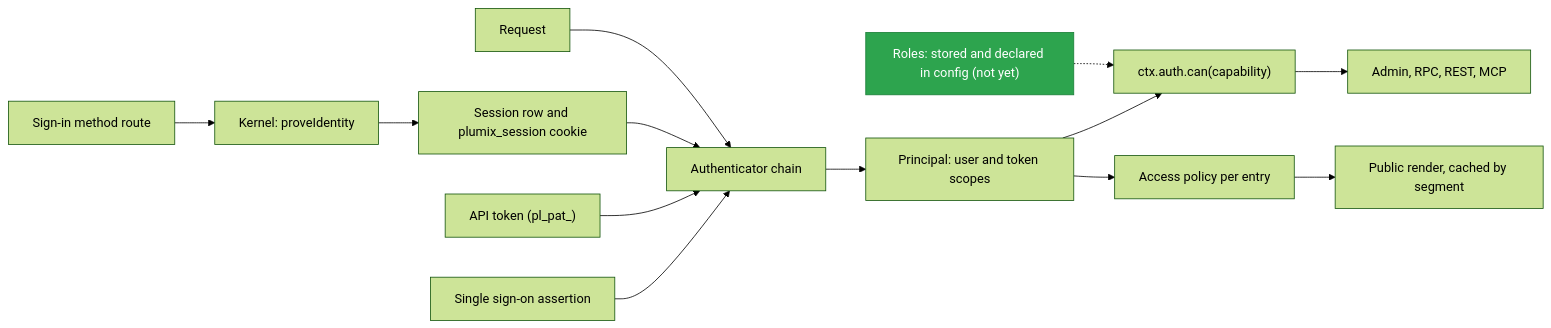
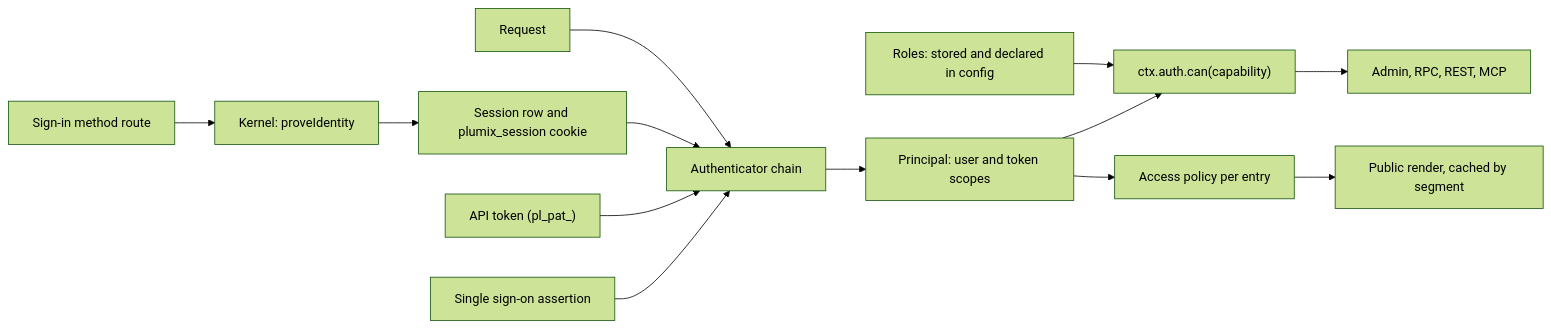
Before and after one commit to withplumix/plumix: the diagram in docs/architecture/auth-and-access.md, drawn with Mermaid (forest theme). The commit also changed other lines of this file and 23 other files, not shown here.

````diff
--- a/docs/architecture/auth-and-access.md
+++ b/docs/architecture/auth-and-access.md
@@ -7,17 +7,15 @@
 ```mermaid
 flowchart LR
   M["Sign-in method route"] --> K["Kernel: proveIdentity"]
   K --> S["Session row and plumix_session cookie"]
   REQ["Request"] --> AU["Authenticator chain"]
   S --> AU
   TOK["API token (pl_pat_)"] --> AU
   SSO["Single sign-on assertion"] --> AU
   AU --> P["Principal: user and token scopes"]
-  ROLES["Roles: stored and declared in config (not yet)"] -.-> CAN
+  ROLES["Roles: stored and declared in config"] --> CAN
   P --> CAN["ctx.auth.can(capability)"]
   CAN --> SURF["Admin, RPC, REST, MCP"]
   P --> POL["Access policy per entry"]
   POL --> PUB["Public render, cached by segment"]
-  classDef goal fill:#2da44e,stroke:#1a7f37,color:#fff
-  class ROLES goal
 ```
````
